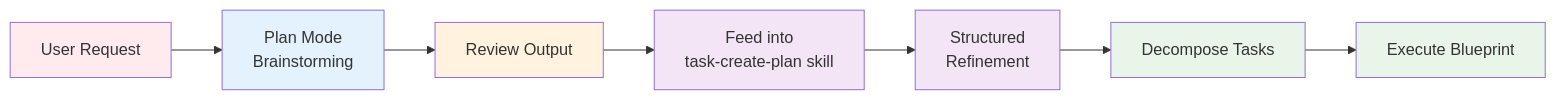
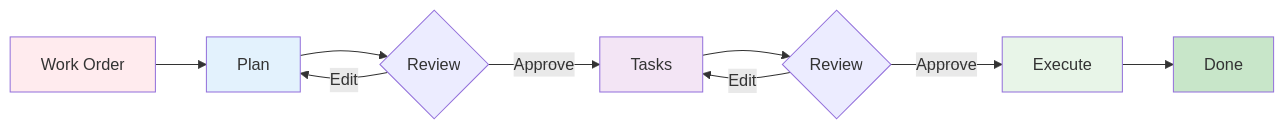
Before and after one commit to e0ipso/strikethroo: the diagram in docs/workflow.md, drawn with Mermaid. The commit also changed other lines of this file and 9 other files, not shown here.

````diff
--- a/docs/workflow.md
+++ b/docs/workflow.md
@@ -361,17 +14,17 @@
 ```mermaid
 flowchart LR
-    A[User Request] --> B[Plan Mode<br/>Brainstorming]
-    B --> C[Review Output]
-    C --> D[Feed into<br/>task-create-plan skill]
-    D --> E[Structured<br/>Refinement]
-    E --> F[Decompose Tasks]
-    F --> G[Execute Blueprint]
+    A[Work Order] --> B[Plan]
+    B --> C{Review}
+    C -->|Edit| B
+    C -->|Approve| D[Tasks]
+    D --> E{Review}
+    E -->|Edit| D
+    E -->|Approve| F[Execute]
+    F --> G[Done]
 
     style A fill:#ffebee
     style B fill:#e3f2fd
-    style C fill:#fff3e0
     style D fill:#f3e5f5
-    style E fill:#f3e5f5
     style F fill:#e8f5e8
-    style G fill:#e8f5e8
+    style G fill:#c8e6c9
 ```
````
